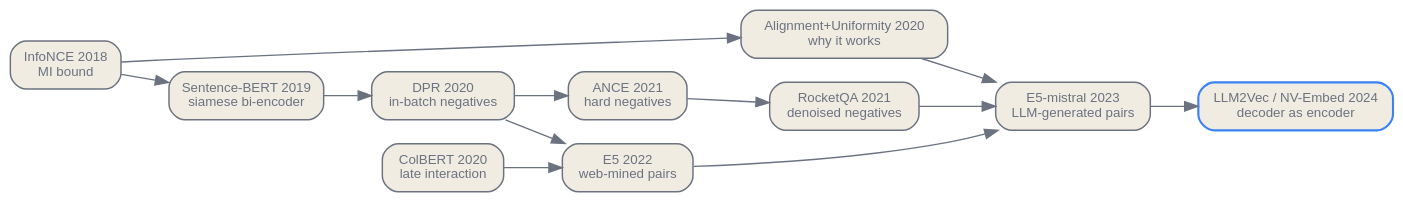
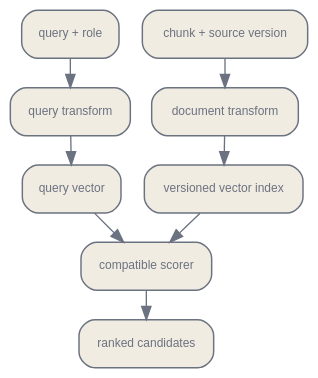
The diagram in en/orchestration/09-embeddings-representation.qmd (latere-ai/ai-as-an-infrastructure), drawn with Graphviz before and after one commit. The commit also changed other lines of this file and 4 other files, not shown here.

Commit message:
docs: rewrite embedding scoring contract

````diff
--- a/en/orchestration/09-embeddings-representation.qmd
+++ b/en/orchestration/09-embeddings-representation.qmd
@@ -441,32 +207,25 @@
 ```{dot}
-//| label: fig-embed-lineage
-//| fig-cap: "Genealogy of embedding ideas. A theory thread (InfoNCE, then alignment and uniformity) explains the objective; an architecture thread fixes where query and document interact; a negatives thread sharpens the training signal; and a data thread walks from siamese sentence pairs through web-mined pairs to LLM-generated pairs and the decoder-as-embedder, where the threads converge."
-digraph lineage {
-  rankdir=LR;
+//| label: fig-embedding-contract
+//| fig-cap: "The same text can produce incompatible vectors under different roles or embedding specifications. Only a matching query and index generation may meet at the scorer."
+digraph {
   bgcolor="transparent";
-  node [shape=box, style="rounded,filled", fontname="Helvetica", fontsize=10, color="#6b7280", fontcolor="#6b7280", fillcolor="#f1ece1", penwidth=1.1];
-  edge [fontname="Helvetica", fontsize=9, color="#6b7280", fontcolor="#6b7280"];
+  rankdir=TB;
+  nodesep=0.22;
+  ranksep=0.30;
+  node [shape=box, style="rounded,filled", fontname="Helvetica", fontsize=9, color="#6b7280", fontcolor="#6b7280", fillcolor="#f1ece1", penwidth=1.1];
+  edge [color="#6b7280"];
 
-  cpc [label="InfoNCE 2018\nMI bound"];
-  au [label="Alignment+Uniformity 2020\nwhy it works"];
+  query [label="query + role"];
+  source [label="chunk + source version"];
+  qenc [label="query transform"];
+  denc [label="document transform"];
+  qvec [label="query vector"];
+  index [label="versioned vector index"];
+  score [label="compatible scorer"];
+  ranked [label="ranked candidates"];
 
-  sbert [label="Sentence-BERT 2019\nsiamese bi-encoder"];
-  colbert [label="ColBERT 2020\nlate interaction"];
-
-  dpr [label="DPR 2020\nin-batch negatives"];
-  ance [label="ANCE 2021\nhard negatives"];
-  rocketqa [label="RocketQA 2021\ndenoised negatives"];
-
-  e5 [label="E5 2022\nweb-mined pairs"];
-  e5m [label="E5-mistral 2023\nLLM-generated pairs"];
-  llm2vec [label="LLM2Vec / NV-Embed 2024\ndecoder as encoder", color="#3b82f6", penwidth=1.6];
-
-  cpc -> au;
-  sbert -> dpr -> ance -> rocketqa;
-  cpc -> sbert;
-  dpr -> e5 -> e5m -> llm2vec;
-  au -> e5m;
-  colbert -> e5;
-  rocketqa -> e5m;
+  query -> qenc -> qvec -> score;
+  source -> denc -> index -> score;
+  score -> ranked;
 }
 ```
````
